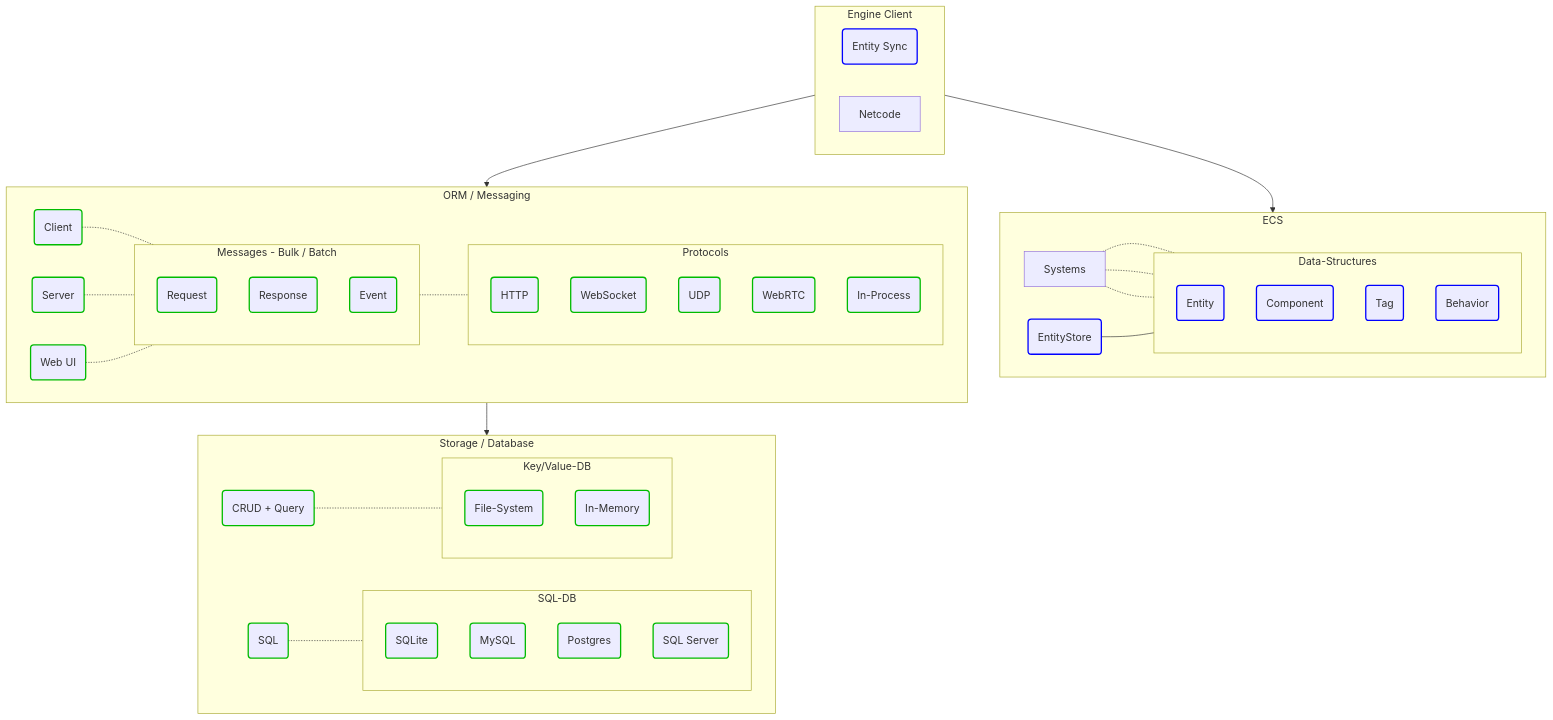
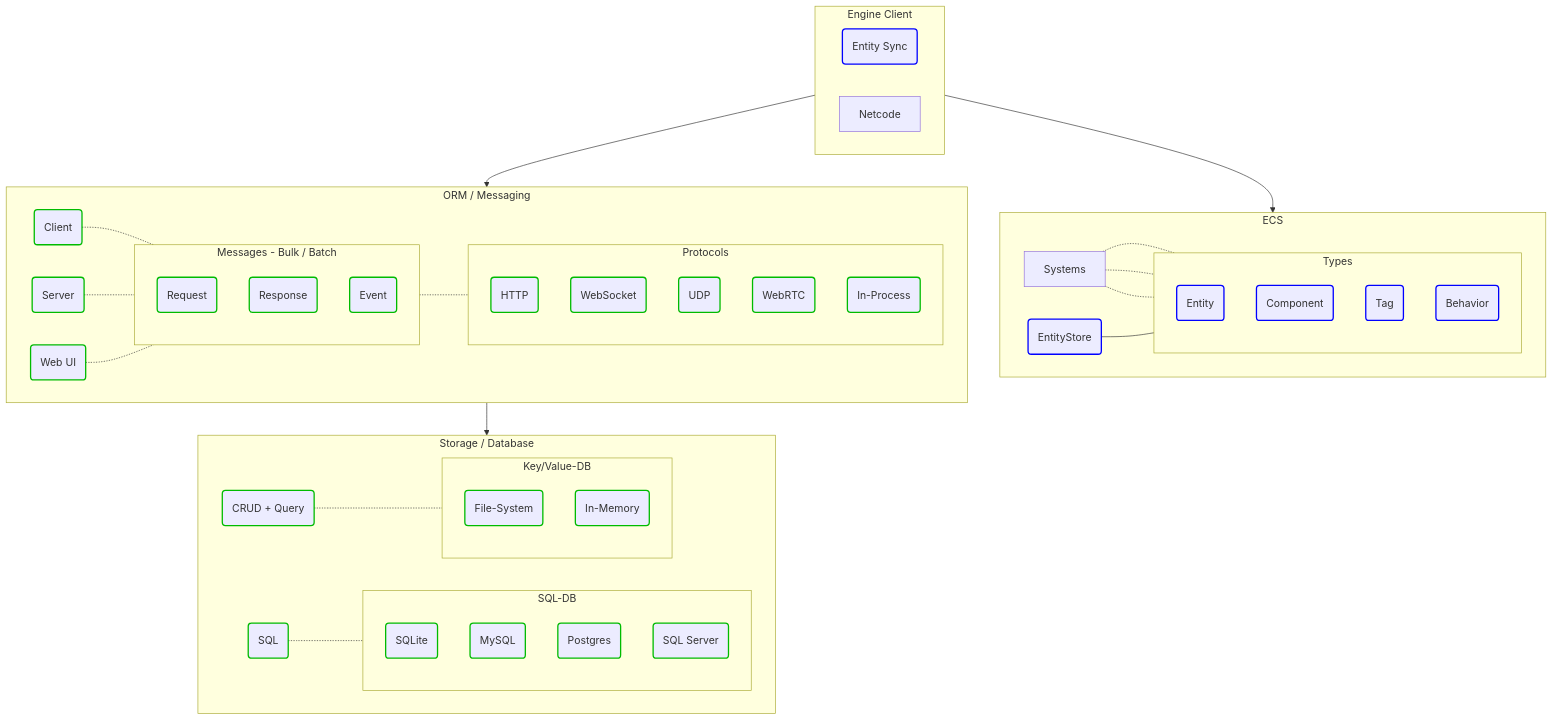
One commit to friflo/Friflo.Json.Fliox changed the second of 3 diagrams in Engine/README.md. Above: the diagram before and after it, drawn with Mermaid. The commit also changed other lines of this file, not shown here.

Commit message:
Engine - update architecture diagram

```diff
--- a/Engine/README.md
+++ b/Engine/README.md
@@ -117,7 +118,7 @@
         EntityStore(EntityStore):::implemented
         Systems
 
-        subgraph Data-Structures;
+        subgraph ECS-Types[Types];
         direction TB;
             Entity(Entity):::implemented
             Component(Component):::implemented
@@ -125,7 +126,7 @@
             Behavior(Behavior):::implemented
         end
 
-        EntityStore  --- Data-Structures
+        EntityStore  --- ECS-Types
 
         Systems      -.- Entity
         Systems      -.- Component
```
